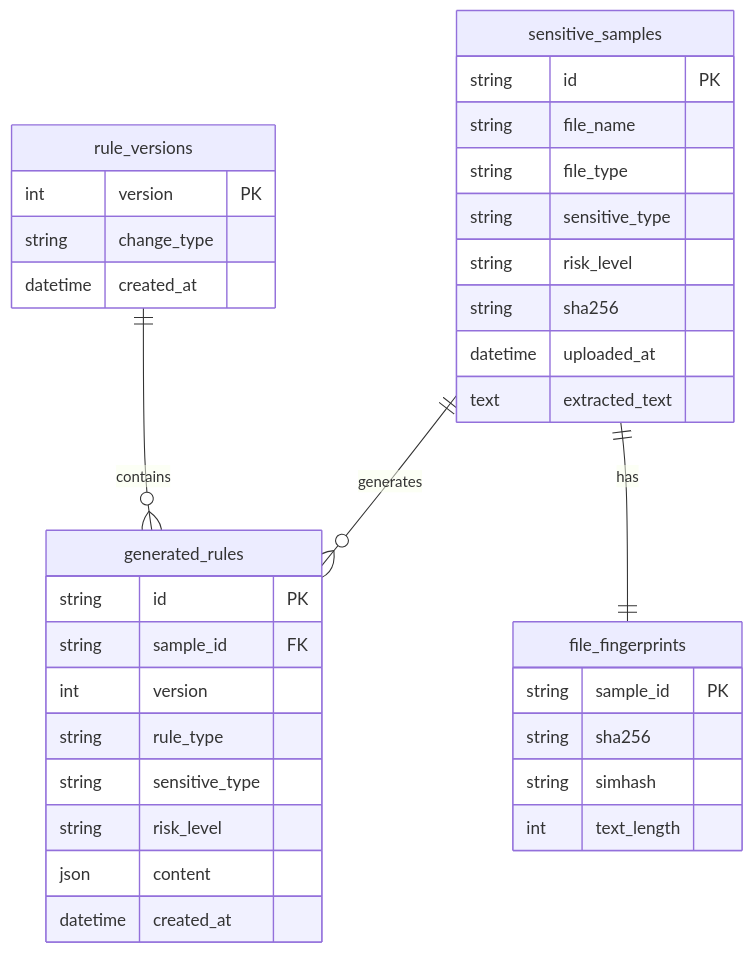
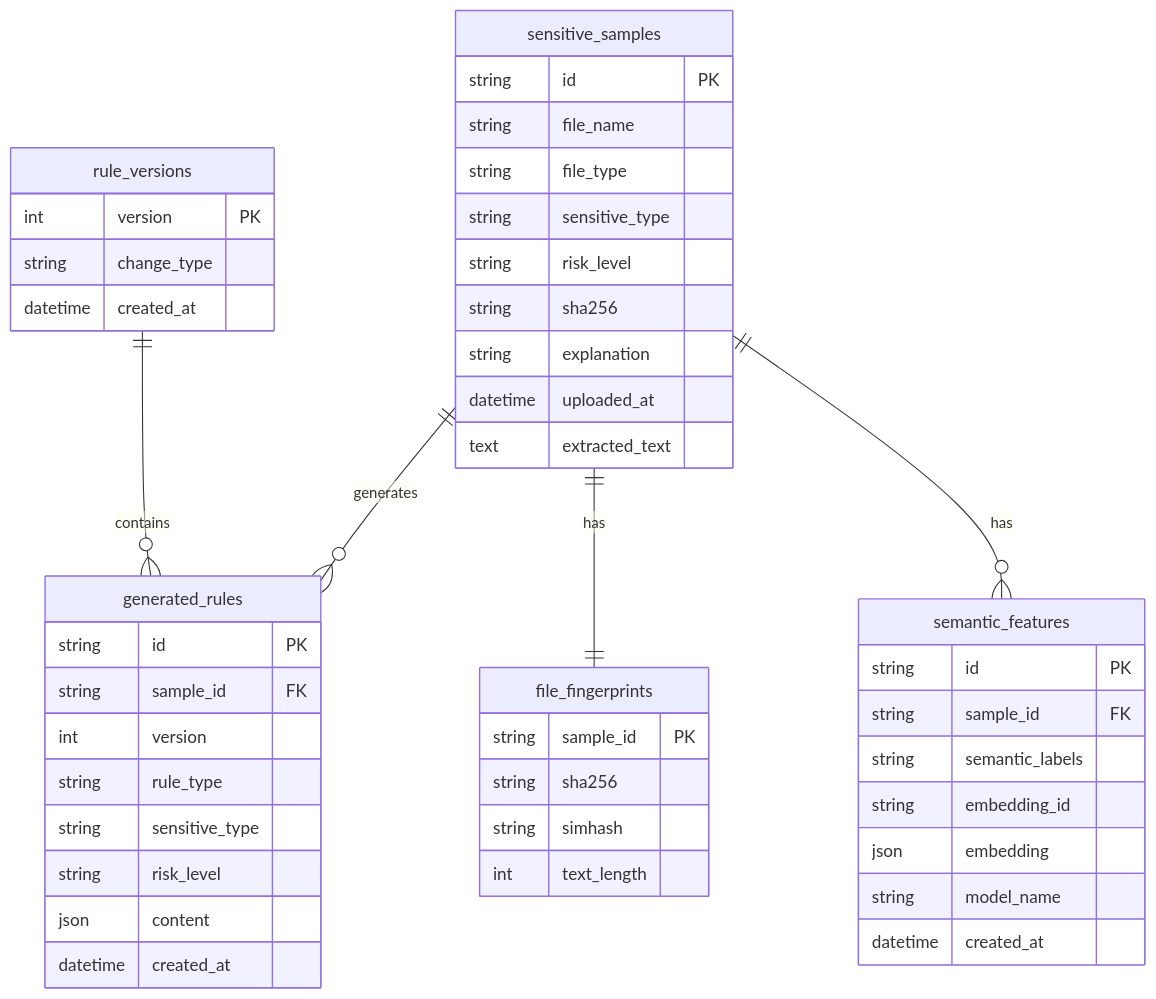
Before and after one commit to Chang-mh/SCU-project-model-1: the third of 4 diagrams in MODULE_ONE_PLAN.md, drawn with Mermaid. The commit also changed other lines of this file, not shown here.

````diff
--- a/MODULE_ONE_PLAN.md
+++ b/MODULE_ONE_PLAN.md
@@ -247,41 +366,53 @@
 ```mermaid
 erDiagram
     sensitive_samples ||--o{ generated_rules : generates
     sensitive_samples ||--|| file_fingerprints : has
+    sensitive_samples ||--o{ semantic_features : has
     rule_versions ||--o{ generated_rules : contains
 
     sensitive_samples {
         string id PK
         string file_name
         string file_type
         string sensitive_type
         string risk_level
         string sha256
+        string explanation
         datetime uploaded_at
         text extracted_text
     }
 
     generated_rules {
         string id PK
         string sample_id FK
         int version
         string rule_type
         string sensitive_type
         string risk_level
         json content
         datetime created_at
     }
 
     file_fingerprints {
         string sample_id PK
         string sha256
         string simhash
         int text_length
     }
 
+    semantic_features {
+        string id PK
+        string sample_id FK
+        string semantic_labels
+        string embedding_id
+        json embedding
+        string model_name
+        datetime created_at
+    }
+
     rule_versions {
         int version PK
         string change_type
         datetime created_at
     }
 ```
````
